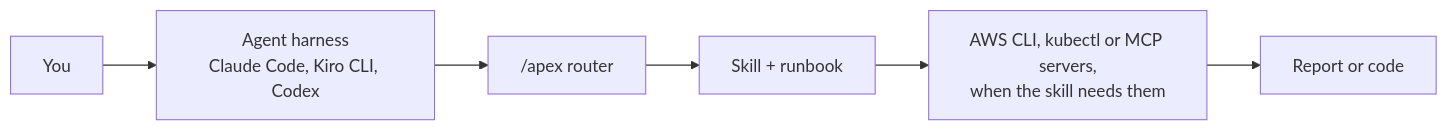
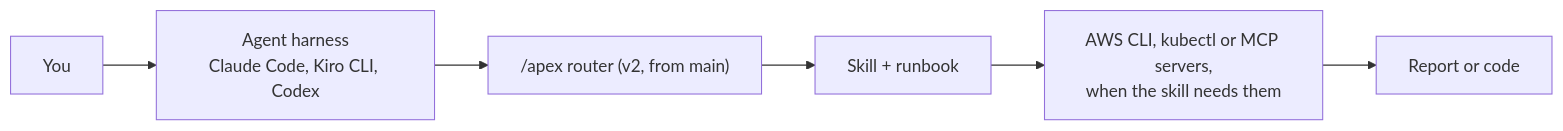
The diagram in README.md (aws-samples/sample-apex-skills), drawn with Mermaid before and after one commit. The commit also changed other lines of this file, not shown here.

````diff
--- a/README.md
+++ b/README.md
@@ -75,8 +75,8 @@
 ```mermaid
 flowchart LR
   U[You] --> H[Agent harness<br/>Claude Code, Kiro CLI, Codex]
-  H --> R["/apex router"]
+  H --> R["/apex router (v2, from main)"]
   R --> S[Skill + runbook]
   S --> T["AWS CLI, kubectl or MCP servers,<br/>when the skill needs them"]
   T --> O[Report or code]
 ```
````
